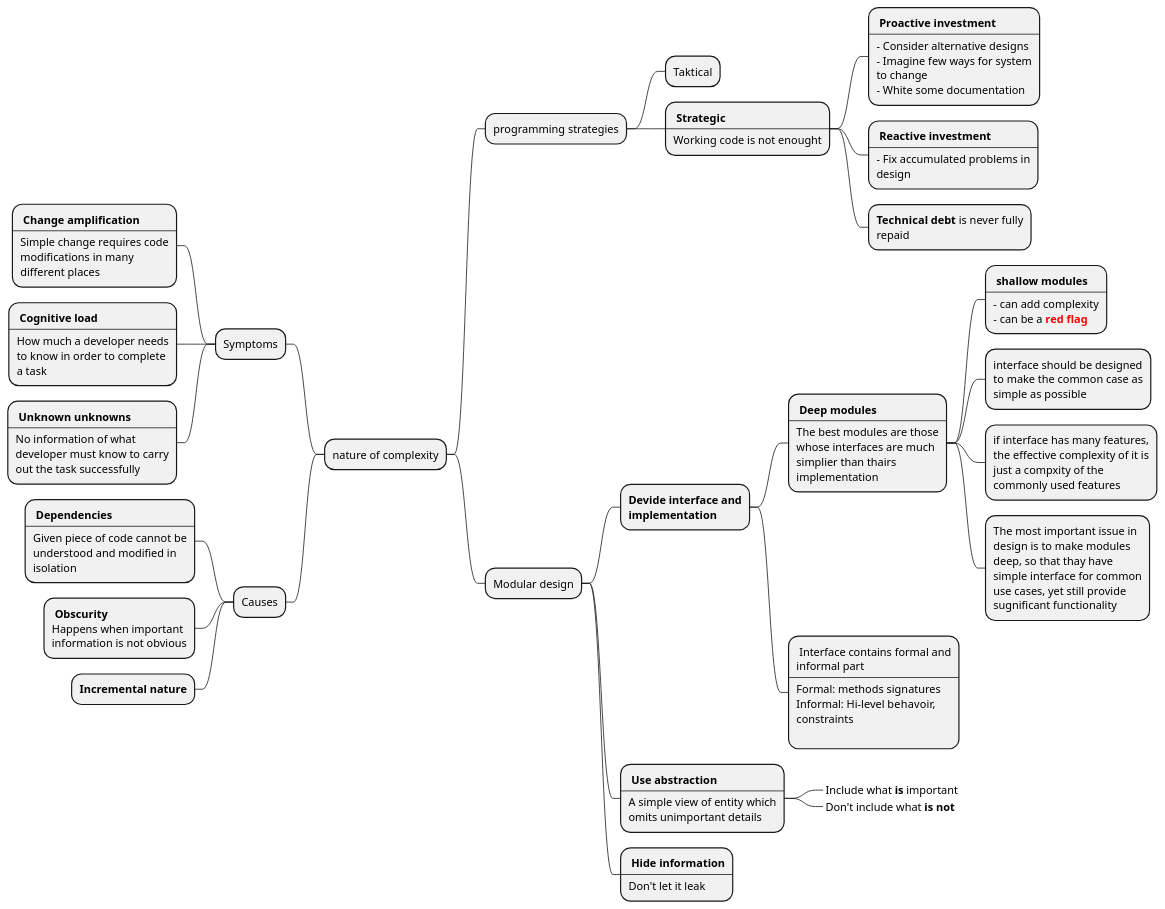
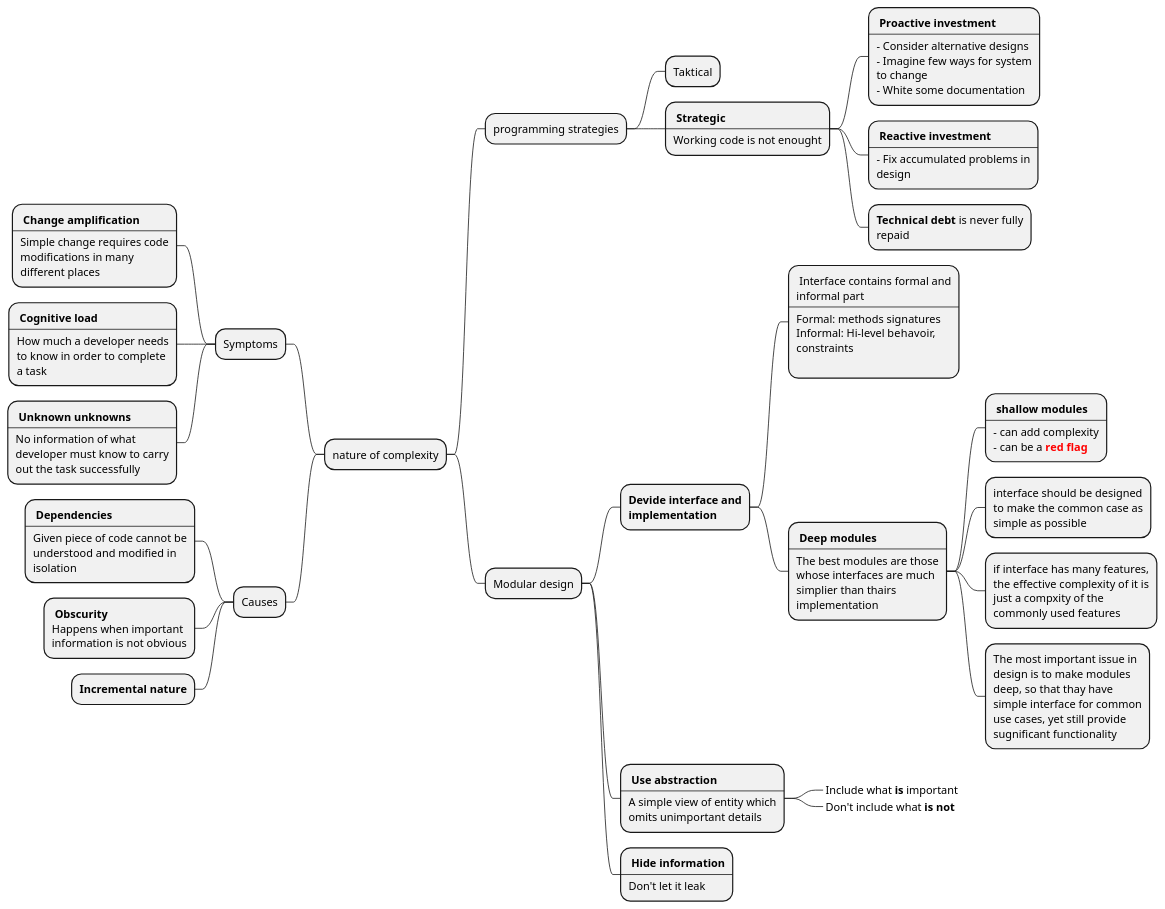
The first of 2 diagrams in raylib-my/docs/design_book/notes.md (neverthedev/tile-game), drawn with PlantUML before and after one commit. The commit also changed other lines of this file and 22 other files, not shown here.

````diff
--- a/raylib-my/docs/design_book/notes.md
+++ b/raylib-my/docs/design_book/notes.md
@@ -3,75 +3,80 @@
 ```plantuml
 @startmindmap
 left to right direction
 
 <style>
   node {
     MaximumWidth 200
   }
 </style>
 * nature of complexity
 
 left side
 ** Symptoms
 ***: <b>Change amplification</b>
 ----
 Simple change requires code modifications in many different places;
 ***: <b>Cognitive load</b>
 ----
 How much a developer needs to know in order to complete a task;
 ***: <b>Unknown unknowns</b>
 ----
 No information of what developer must know to carry out the task successfully;
 
 ** Causes
 ***: <b>Dependencies</b>
 ----
 Given piece of code cannot be understood and modified in isolation;
 ***: <b>Obscurity</b>
 Happens when important information is not obvious;
 *** <b>Incremental nature</b>
 
 right side
 ** programming strategies
 *** Taktical
 ***: <b>Strategic</b>
 ----
 Working code is not enought;
 ****: <b>Proactive investment</b>
 ----
 - Consider alternative designs
 - Imagine few ways for system to change
 - White some documentation;
 ****: <b>Reactive investment</b>
 ----
 - Fix accumulated problems in design;
 **** <b>Technical debt</b> is never fully repaid
 
 ** Modular design
 *** <b>Devide interface and implementation</b>
+****: Interface contains formal and informal part
+----
+Formal: methods signatures
+Informal: Hi-level behavoir, constraints
+;
 ****: <b>Deep modules</b>
 ----
 The best modules are those whose interfaces are much simplier than thairs implementation;
 *****: <b>shallow modules</b>
 ----
 - can add complexity
 - can be a <b><color:red>red flag</color></b>;
 ***** interface should be designed to make the common case as simple as possible
 ***** if interface has many features, the effective complexity of it is just a compxity of the commonly used features
 ***** The most important issue in design is to make modules deep, so that thay have simple interface for common use cases, yet still provide sugnificant functionality
-****: Interface contains formal and informal part
-----
-Formal: methods signatures
-Informal: Hi-level behavoir, constraints
-;
+
 ***: <b>Use abstraction</b>
 ----
 A simple view of entity which omits unimportant details;
 ****_ Include what <b>is</b> important
 ****_ Don't include what <b>is not</b>
 
 ***: <b>Hide information</b>
 ----
 Don't let it leak;
+
+
+
+
 @endmindmap
 ```
````
